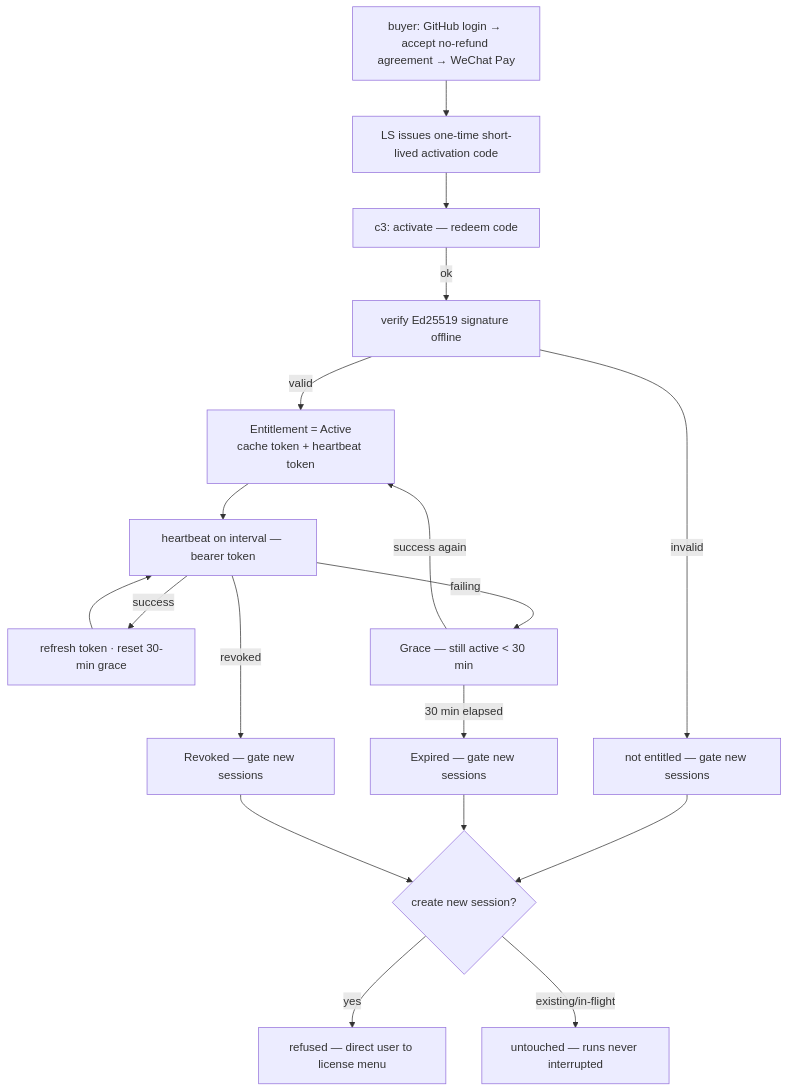
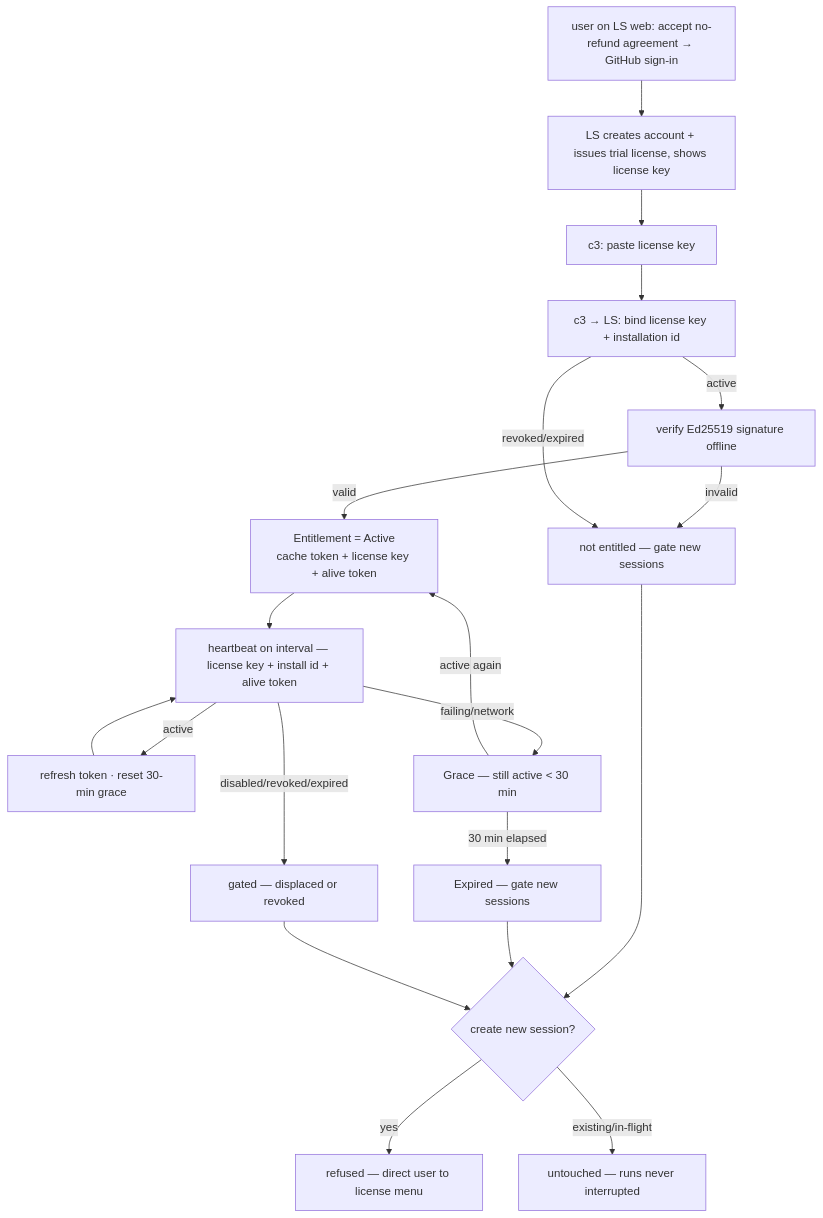
One commit to sequencestream/c3 changed the diagram in specs/flows/flow-activation-and-entitlement.md. Above: the diagram before and after it, drawn with Mermaid. The commit also changed other lines of this file and 58 other files, not shown here.

First line of the commit message:
feat: 简化 license-server 为 license_key 绑定模型

````diff
--- a/specs/flows/flow-activation-and-entitlement.md
+++ b/specs/flows/flow-activation-and-entitlement.md
@@ -17,20 +17,22 @@
 ```mermaid
 flowchart TD
-    BUY[buyer: GitHub login → accept no-refund agreement → WeChat Pay] --> CODE[LS issues one-time short-lived activation code]
-    CODE --> ACT[c3: activate — redeem code]
-    ACT -- ok --> VERIFY[verify Ed25519 signature offline]
-    VERIFY -- valid --> ACTIVE[Entitlement = Active<br/>cache token + heartbeat token]
+    SIGNIN[user on LS web: accept no-refund agreement → GitHub sign-in] --> ISSUE[LS creates account + issues trial license, shows license key]
+    ISSUE --> PASTE[c3: paste license key]
+    PASTE --> BIND[c3 → LS: bind license key + installation id]
+    BIND -- active --> VERIFY[verify Ed25519 signature offline]
+    VERIFY -- valid --> ACTIVE[Entitlement = Active<br/>cache token + license key + alive token]
     VERIFY -- invalid --> GATE[not entitled — gate new sessions]
-    ACTIVE --> HB[heartbeat on interval — bearer token]
-    HB -- success --> ACTIVE2[refresh token · reset 30-min grace]
-    HB -- failing --> GRACE[Grace — still active < 30 min]
-    GRACE -- success again --> ACTIVE
+    BIND -- revoked/expired --> GATE
+    ACTIVE --> HB[heartbeat on interval — license key + install id + alive token]
+    HB -- active --> ACTIVE2[refresh token · reset 30-min grace]
+    HB -- failing/network --> GRACE[Grace — still active < 30 min]
+    GRACE -- active again --> ACTIVE
     GRACE -- 30 min elapsed --> EXPIRED[Expired — gate new sessions]
-    HB -- revoked --> REVOKED[Revoked — gate new sessions]
+    HB -- disabled/revoked/expired --> REVOKED[gated — displaced or revoked]
     ACTIVE2 --> HB
     GATE --> NEW{create new session?}
     EXPIRED --> NEW
     REVOKED --> NEW
     NEW -- yes --> REFUSE[refused — direct user to license menu]
     NEW -- existing/in-flight --> KEEP[untouched — runs never interrupted]
 ```
````
